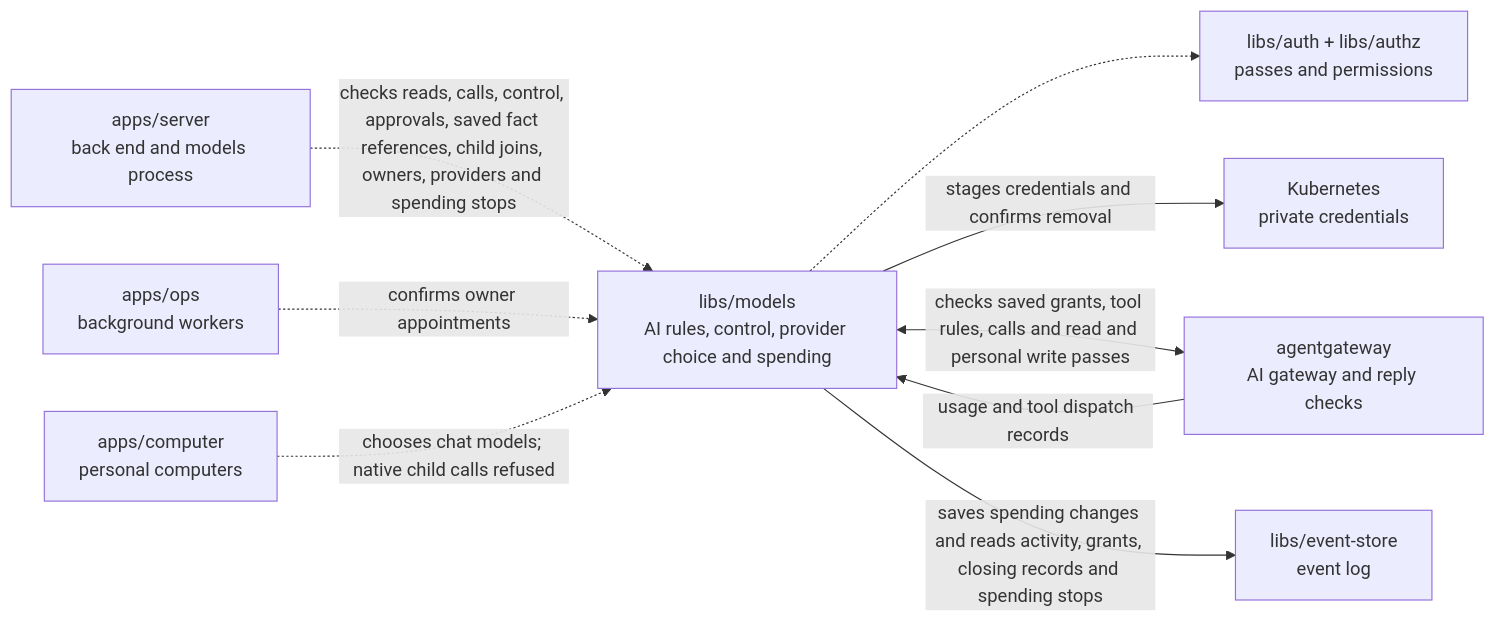
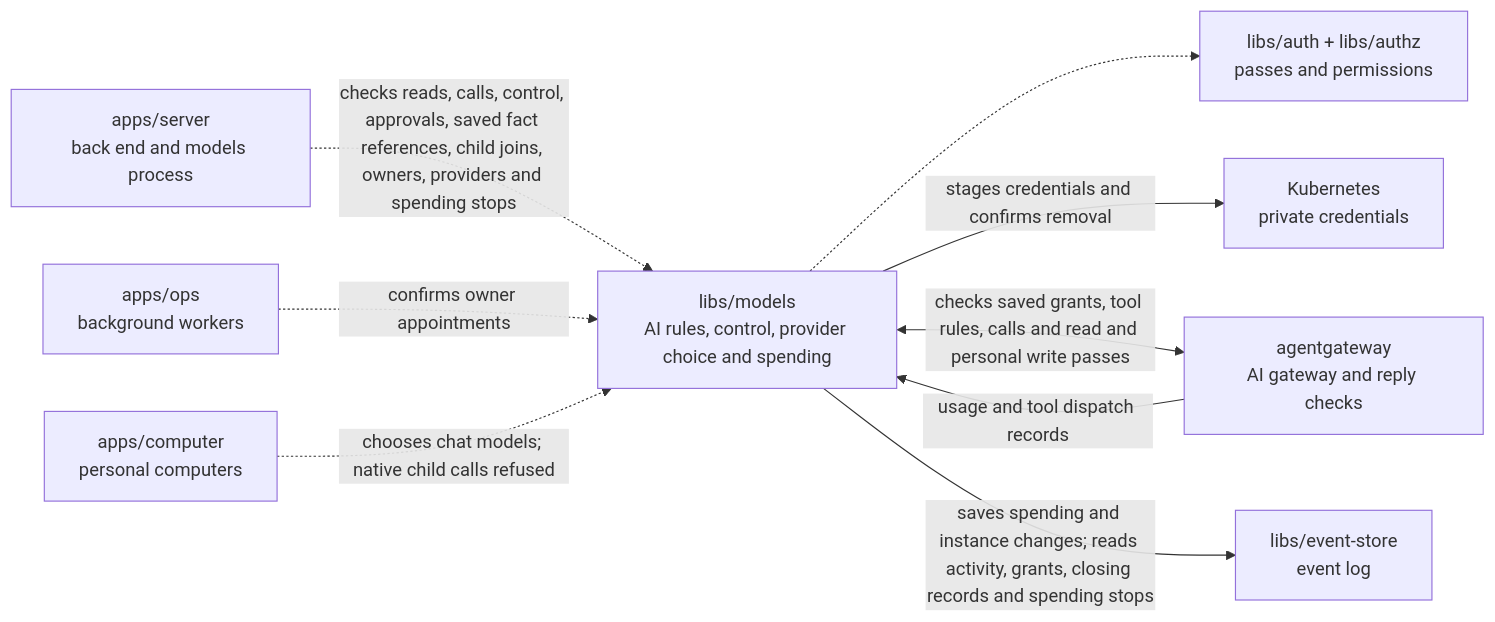
One commit to elewa-git/opencrane-new changed the diagram in libs/models/README.md. Above: the diagram before and after it, drawn with Mermaid. The commit also changed other lines of this file and 16 other files, not shown here.

````diff
--- a/libs/models/README.md
+++ b/libs/models/README.md
@@ -14,11 +14,11 @@
 ```mermaid
 flowchart LR
   server["apps/server<br/>back end and models process"] -.->|checks reads, calls, control, approvals, saved fact references, child joins, owners, providers and spending stops| models["libs/models<br/>AI rules, control, provider choice and spending"]
   ops["apps/ops<br/>background workers"] -.->|confirms owner appointments| models
   computer["apps/computer<br/>personal computers"] -.->|chooses chat models; native child calls refused| models
   models -.-> auth["libs/auth + libs/authz<br/>passes and permissions"]
   models -->|stages credentials and confirms removal| custody["Kubernetes<br/>private credentials"]
   models <-->|checks saved grants, tool rules, calls and read and personal write passes| gateway["agentgateway<br/>AI gateway and reply checks"]
   gateway -->|usage and tool dispatch records| models
-  models -->|saves spending changes and reads activity, grants, closing records and spending stops| store["libs/event-store<br/>event log"]
+  models -->|saves spending and instance changes; reads activity, grants, closing records and spending stops| store["libs/event-store<br/>event log"]
 ```
````
